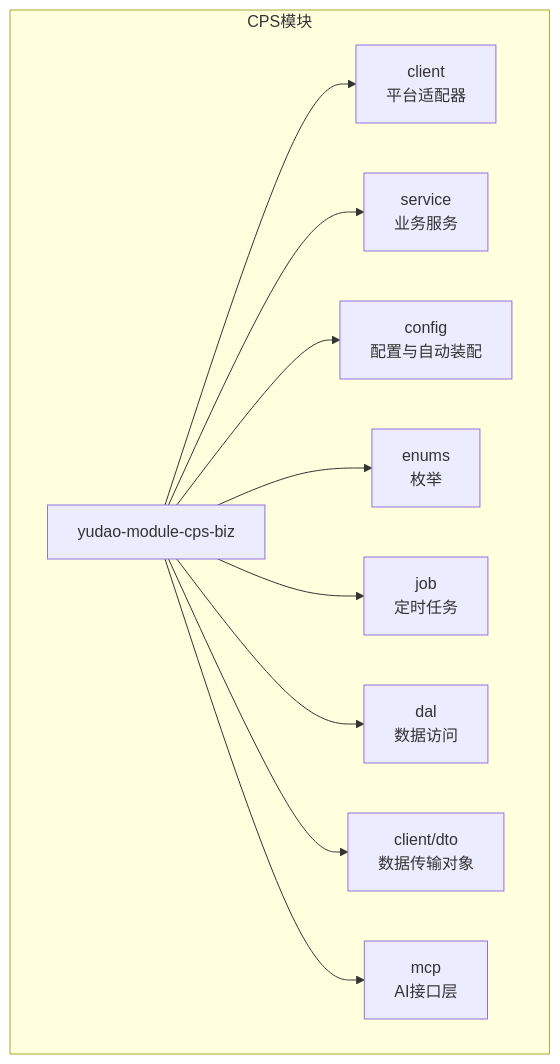
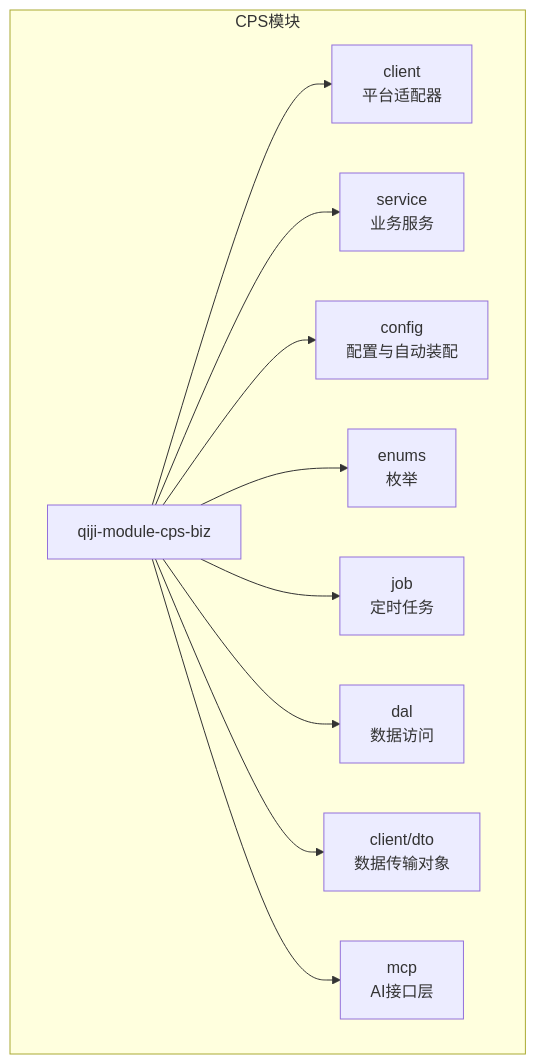
Before and after one commit to zhuangpengLI/AgenticCPS: the first of 9 diagrams in backend/.qoder/repowiki/zh/content/核心业务模块/CPS联盟返利模块/CPS联盟返利模块.md, drawn with Mermaid. The commit also changed other lines of this file and 3489 other files, not shown here.

````diff
--- a/backend/.qoder/repowiki/zh/content/核心业务模块/CPS联盟返利模块/CPS联盟返利模块.md
+++ b/backend/.qoder/repowiki/zh/content/核心业务模块/CPS联盟返利模块/CPS联盟返利模块.md
@@ -81,22 +81,22 @@
 ```mermaid
 graph TB
 subgraph "CPS模块"
-Biz["yudao-module-cps-biz"]
+Biz["qiji-module-cps-biz"]
 Client["client<br/>平台适配器"]
 Service["service<br/>业务服务"]
 Config["config<br/>配置与自动装配"]
 Enums["enums<br/>枚举"]
 Job["job<br/>定时任务"]
 Dal["dal<br/>数据访问"]
 DTO["client/dto<br/>数据传输对象"]
 MCP["mcp<br/>AI接口层"]
 end
 Biz --> Client
 Biz --> Service
 Biz --> Config
 Biz --> Enums
 Biz --> Job
 Biz --> Dal
 Biz --> DTO
 Biz --> MCP
 ```
````
